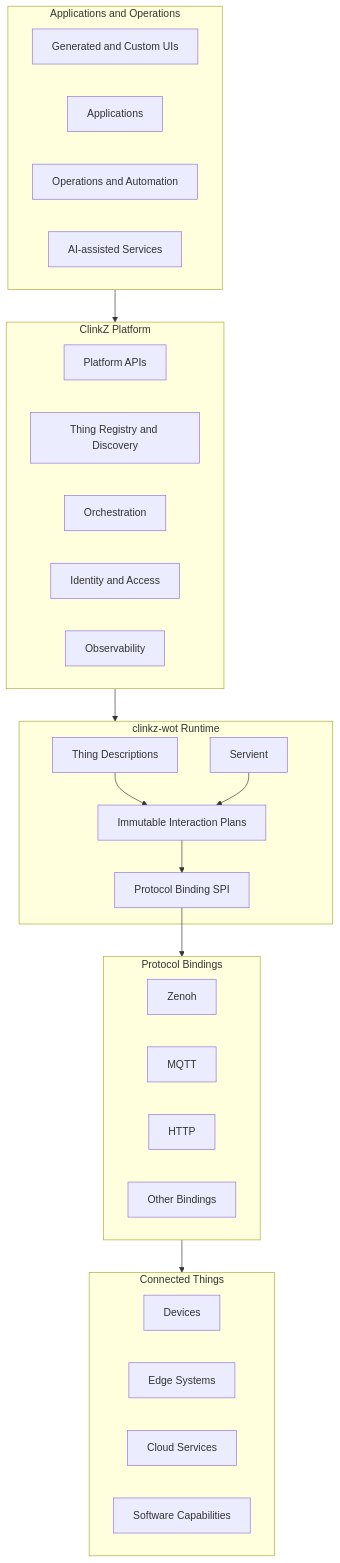
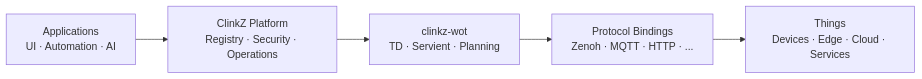
Before and after one commit to yushun1990/clinkz: the first of 2 diagrams in README.md, drawn with Mermaid. The commit also changed other lines of this file, not shown here.

Commit message:
Beautify README.md

````diff
--- a/README.md
+++ b/README.md
@@ -89,48 +89,10 @@
 ```mermaid
-flowchart TB
-    subgraph Experience["Applications and Operations"]
-        UI["Generated and Custom UIs"]
-        APP["Applications"]
-        OPS["Operations and Automation"]
-        AI["AI-assisted Services"]
-    end
+flowchart LR
+    A["Applications<br/>UI · Automation · AI"]
+    P["ClinkZ Platform<br/>Registry · Security · Operations"]
+    R["clinkz-wot<br/>TD · Servient · Planning"]
+    B["Protocol Bindings<br/>Zenoh · MQTT · HTTP · ..."]
+    T["Things<br/>Devices · Edge · Cloud · Services"]
 
-    subgraph Platform["ClinkZ Platform"]
-        API["Platform APIs"]
-        REG["Thing Registry and Discovery"]
-        ORCH["Orchestration"]
-        SEC["Identity and Access"]
-        OBS["Observability"]
-    end
-
-    subgraph Runtime["clinkz-wot Runtime"]
-        TD["Thing Descriptions"]
-        SERVIENT["Servient"]
-        PLAN["Immutable Interaction Plans"]
-        SPI["Protocol Binding SPI"]
-    end
-
-    subgraph Bindings["Protocol Bindings"]
-        ZENOH["Zenoh"]
-        MQTT["MQTT"]
-        HTTP["HTTP"]
-        OTHER["Other Bindings"]
-    end
-
-    subgraph Things["Connected Things"]
-        DEVICE["Devices"]
-        EDGE["Edge Systems"]
-        CLOUD["Cloud Services"]
-        SOFTWARE["Software Capabilities"]
-    end
-
-    Experience --> Platform
-    Platform --> Runtime
-
-    TD --> PLAN
-    SERVIENT --> PLAN
-    PLAN --> SPI
-
-    SPI --> Bindings
-    Bindings --> Things
+    A --> P --> R --> B --> T
 ```
````
